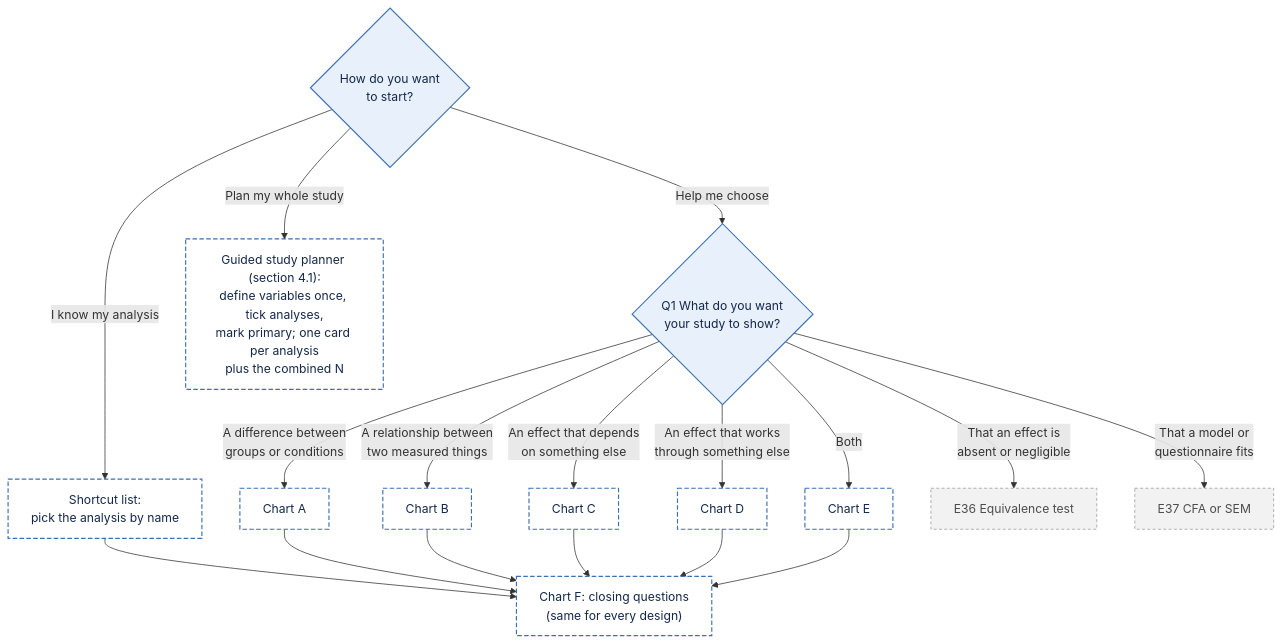
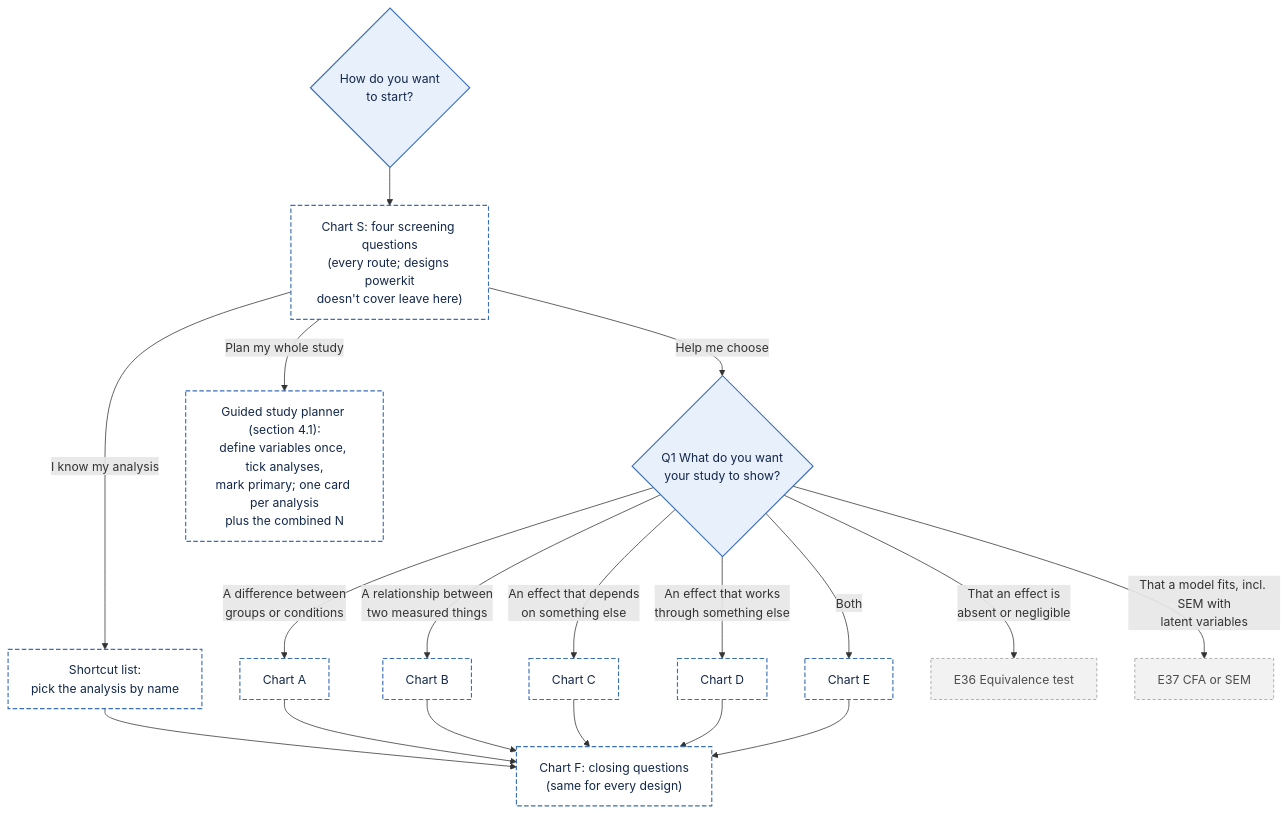
One commit to JoelThornton/Powerkit changed the diagram in docs/figures/decision-tree/0-overview.mmd. Above: the diagram before and after it, drawn with Mermaid. The commit also changed 38 other files, not shown here.

First line of the commit message:
Routing prototype: screen every route so uncovered designs aren't misrouted

```diff
--- a/docs/figures/decision-tree/0-overview.mmd
+++ b/docs/figures/decision-tree/0-overview.mmd
@@ -1,26 +1,27 @@
 flowchart TD
   S0{"How do you want<br/>to start?"}
-  S0 -->|I know my analysis| SC["Shortcut list:<br/>pick the analysis by name"]
-  S0 -->|Help me choose| Q1{"Q1 What do you want<br/>your study to show?"}
-  S0 -->|Plan my whole study| G["Guided study planner (section 4.1):<br/>define variables once, tick analyses,<br/>mark primary; one card per analysis<br/>plus the combined N"]
+  S0 --> SCR["Chart S: four screening questions<br/>(every route; designs powerkit<br/>doesn't cover leave here)"]
+  SCR -->|I know my analysis| SC["Shortcut list:<br/>pick the analysis by name"]
+  SCR -->|Help me choose| Q1{"Q1 What do you want<br/>your study to show?"}
+  SCR -->|Plan my whole study| G["Guided study planner (section 4.1):<br/>define variables once, tick analyses,<br/>mark primary; one card per analysis<br/>plus the combined N"]
   Q1 -->|A difference between<br/>groups or conditions| A["Chart A"]
   Q1 -->|A relationship between<br/>two measured things| B["Chart B"]
   Q1 -->|An effect that depends<br/>on something else| C["Chart C"]
   Q1 -->|An effect that works<br/>through something else| D["Chart D"]
   Q1 -->|Both| E["Chart E"]
   Q1 -->|That an effect is<br/>absent or negligible| E36["E36 Equivalence test"]
-  Q1 -->|That a model or<br/>questionnaire fits| E37["E37 CFA or SEM"]
+  Q1 -->|That a model fits, incl. SEM with<br/>latent variables| E37["E37 CFA or SEM"]
   SC --> F["Chart F: closing questions<br/>(same for every design)"]
   A --> F
   B --> F
   C --> F
   D --> F
   E --> F
   class S0,Q1 q
-  class SC,A,B,C,D,E,F,G jump
+  class SC,SCR,A,B,C,D,E,F,G jump
   class E36,E37 later
   classDef q fill:#E8F0FB,stroke:#3B6FB6,color:#14284B,stroke-width:1.5px
   classDef avail fill:#DDF2E3,stroke:#2E7D4F,color:#123D24,stroke-width:1.5px
   classDef spec fill:#FFF0D1,stroke:#B97A00,color:#4A3200,stroke-width:1.5px
   classDef later fill:#F2F2F2,stroke:#9A9A9A,color:#4D4D4D,stroke-width:1px,stroke-dasharray:4 3
   classDef jump fill:#FFFFFF,stroke:#3B6FB6,color:#14284B,stroke-width:1.5px,stroke-dasharray:6 3
```
